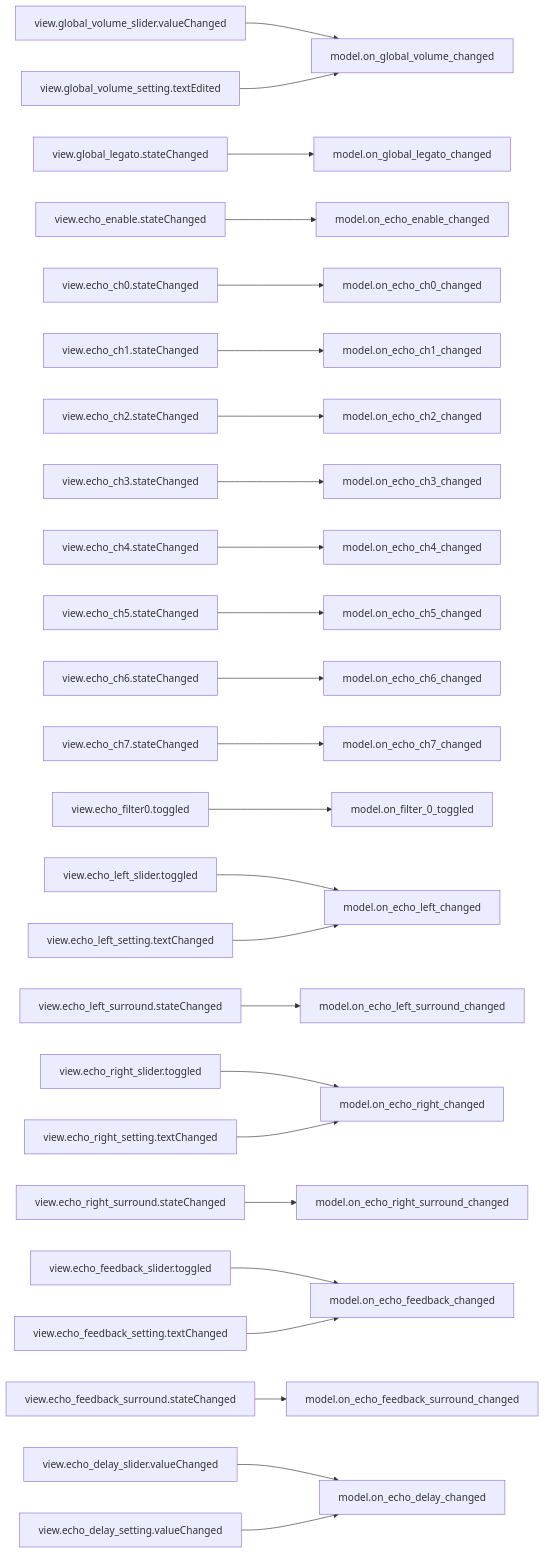
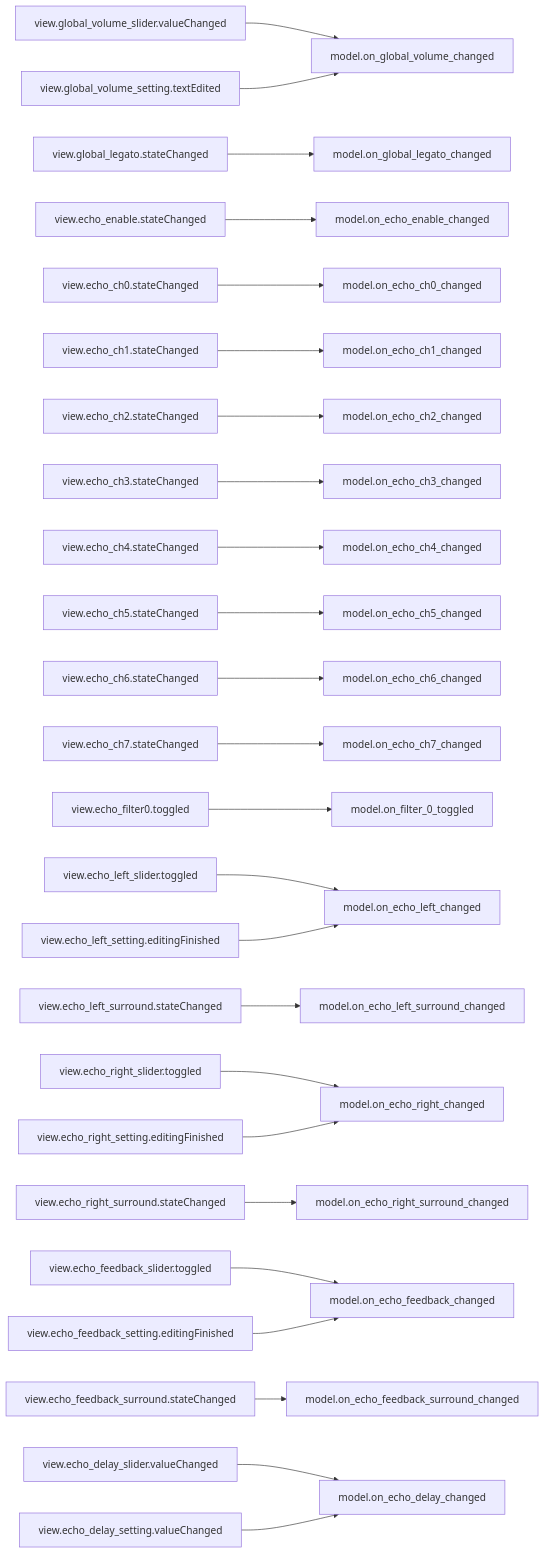
The seventh of 7 diagrams in doc/source/dashboard_signal_slot_map.rst (com-posers-pit/smw_music), drawn with Mermaid before and after one commit. The commit also changed other lines of this file and 1 other file, not shown here.

First line of the commit message:
QLineEdit signals: s/textChanged/editingFinished

```diff
--- a/doc/source/dashboard_signal_slot_map.rst
+++ b/doc/source/dashboard_signal_slot_map.rst
@@ -126,27 +134,27 @@
 .. mermaid::
 
    flowchart LR
      view.global_volume_slider.valueChanged --> model.on_global_volume_changed
      view.global_volume_setting.textEdited --> model.on_global_volume_changed
      view.global_legato.stateChanged --> model.on_global_legato_changed
      view.echo_enable.stateChanged --> model.on_echo_enable_changed
      view.echo_ch0.stateChanged --> model.on_echo_ch0_changed
      view.echo_ch1.stateChanged --> model.on_echo_ch1_changed
      view.echo_ch2.stateChanged --> model.on_echo_ch2_changed
      view.echo_ch3.stateChanged --> model.on_echo_ch3_changed
      view.echo_ch4.stateChanged --> model.on_echo_ch4_changed
      view.echo_ch5.stateChanged --> model.on_echo_ch5_changed
      view.echo_ch6.stateChanged --> model.on_echo_ch6_changed
      view.echo_ch7.stateChanged --> model.on_echo_ch7_changed
      view.echo_filter0.toggled --> model.on_filter_0_toggled
      view.echo_left_slider.toggled --> model.on_echo_left_changed
-     view.echo_left_setting.textChanged --> model.on_echo_left_changed
+     view.echo_left_setting.editingFinished --> model.on_echo_left_changed
      view.echo_left_surround.stateChanged --> model.on_echo_left_surround_changed
      view.echo_right_slider.toggled --> model.on_echo_right_changed
-     view.echo_right_setting.textChanged --> model.on_echo_right_changed
+     view.echo_right_setting.editingFinished --> model.on_echo_right_changed
      view.echo_right_surround.stateChanged --> model.on_echo_right_surround_changed
      view.echo_feedback_slider.toggled --> model.on_echo_feedback_changed
-     view.echo_feedback_setting.textChanged --> model.on_echo_feedback_changed
+     view.echo_feedback_setting.editingFinished --> model.on_echo_feedback_changed
      view.echo_feedback_surround.stateChanged --> model.on_echo_feedback_surround_changed
      view.echo_delay_slider.valueChanged --> model.on_echo_delay_changed
      view.echo_delay_setting.valueChanged --> model.on_echo_delay_changed
```
